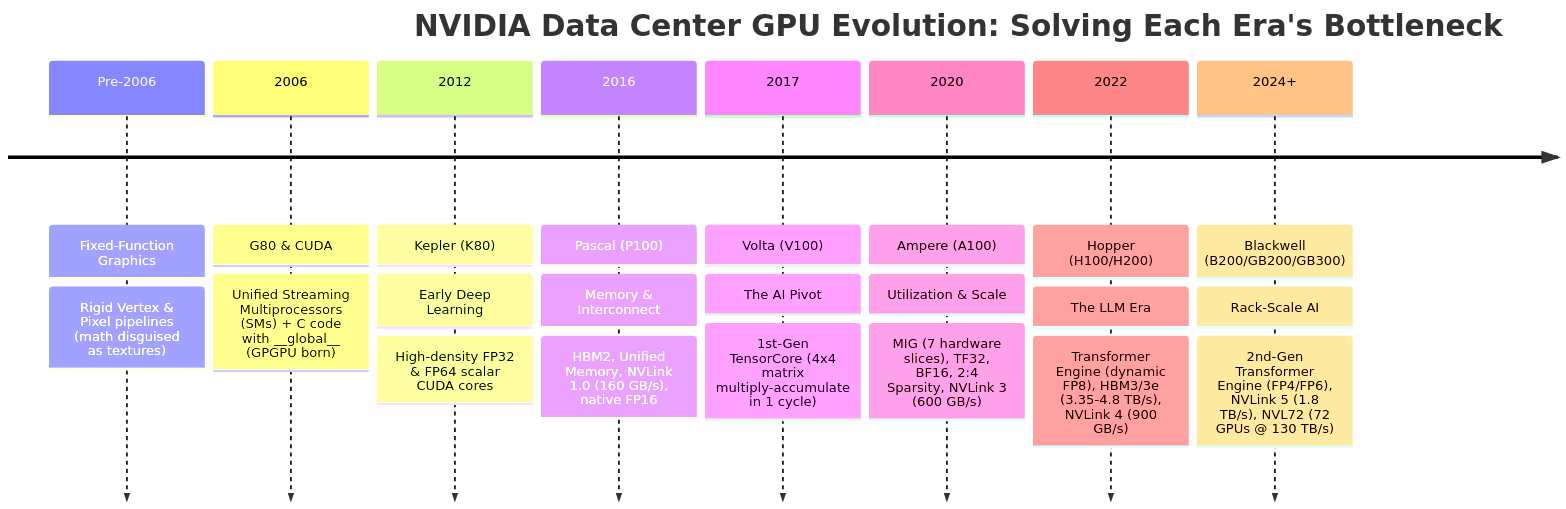
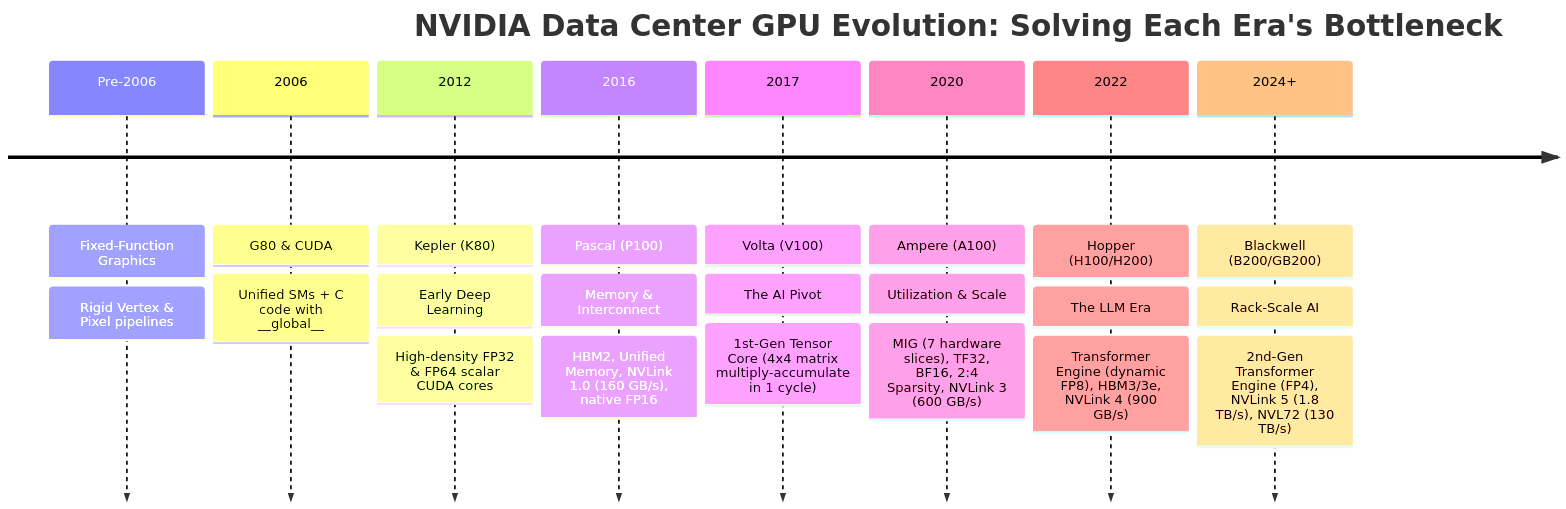
One commit to jithinpnjm/ai-infra-handbook changed the third of 7 diagrams in docs/part-10-gpu-cuda/01-why-gpus-cpu-versus-gpu-and-throughput-design.md. Above: the diagram before and after it, drawn with Mermaid. The commit also changed other lines of this file and 503 other files, not shown here.

````diff
--- a/docs/part-10-gpu-cuda/01-why-gpus-cpu-versus-gpu-and-throughput-design.md
+++ b/docs/part-10-gpu-cuda/01-why-gpus-cpu-versus-gpu-and-throughput-design.md
@@ -268,12 +290,12 @@
 ```mermaid
 timeline
     title NVIDIA Data Center GPU Evolution: Solving Each Era's Bottleneck
-    Pre-2006 : Fixed-Function Graphics : Rigid Vertex & Pixel pipelines (math disguised as textures)
-    2006 : G80 & CUDA : Unified Streaming Multiprocessors (SMs) + C code with __global__ (GPGPU born)
+    Pre-2006 : Fixed-Function Graphics : Rigid Vertex & Pixel pipelines
+    2006 : G80 & CUDA : Unified SMs + C code with __global__
     2012 : Kepler (K80) : Early Deep Learning : High-density FP32 & FP64 scalar CUDA cores
     2016 : Pascal (P100) : Memory & Interconnect : HBM2, Unified Memory, NVLink 1.0 (160 GB/s), native FP16
-    2017 : Volta (V100) : The AI Pivot : 1st-Gen TensorCore (4x4 matrix multiply-accumulate in 1 cycle)
+    2017 : Volta (V100) : The AI Pivot : 1st-Gen Tensor Core (4x4 matrix multiply-accumulate in 1 cycle)
     2020 : Ampere (A100) : Utilization & Scale : MIG (7 hardware slices), TF32, BF16, 2:4 Sparsity, NVLink 3 (600 GB/s)
-    2022 : Hopper (H100/H200) : The LLM Era : Transformer Engine (dynamic FP8), HBM3/3e (3.35-4.8 TB/s), NVLink 4 (900 GB/s)
-    2024+ : Blackwell (B200/GB200/GB300) : Rack-Scale AI : 2nd-Gen Transformer Engine (FP4/FP6), NVLink 5 (1.8 TB/s), NVL72 (72 GPUs @ 130 TB/s)
+    2022 : Hopper (H100/H200) : The LLM Era : Transformer Engine (dynamic FP8), HBM3/3e, NVLink 4 (900 GB/s)
+    2024+ : Blackwell (B200/GB200) : Rack-Scale AI : 2nd-Gen Transformer Engine (FP4), NVLink 5 (1.8 TB/s), NVL72 (130 TB/s)
 ```
````
